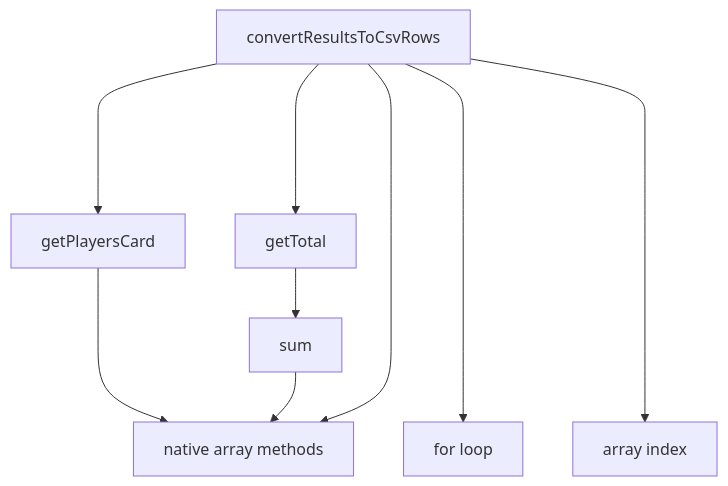
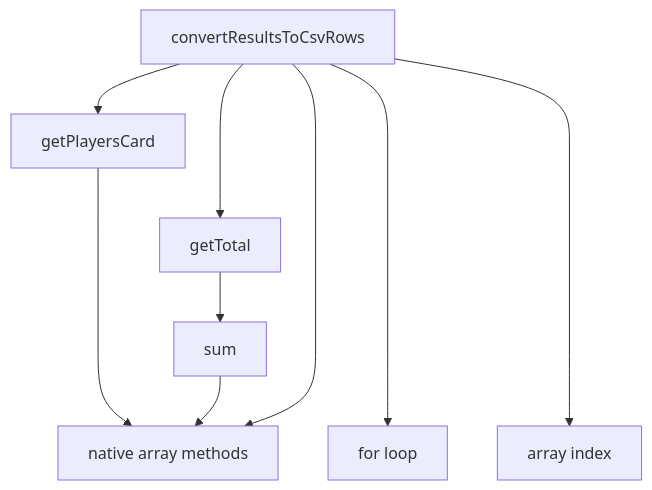
The first of 10 diagrams in slides.md (hrmJ/refactoring-with-stratified-design), drawn with Mermaid before and after one commit. The commit also changed other lines of this file, not shown here.

````diff
--- a/slides.md
+++ b/slides.md
@@ -202,8 +202,8 @@
 ```mermaid
 flowchart TD
-convertResultsToCsvRows --> getPlayersCard ---> nativem
-convertResultsToCsvRows --> getTotal --> sum --> nativem
-convertResultsToCsvRows ------> nativem[native array methods]
-convertResultsToCsvRows ------> forl[for loop]
-convertResultsToCsvRows ------> arrI[array index]
+convertResultsToCsvRows --> getPlayersCard ----> nativem
+convertResultsToCsvRows ---> getTotal --> sum --> nativem
+convertResultsToCsvRows -----> nativem[native array methods]
+convertResultsToCsvRows -----> forl[for loop]
+convertResultsToCsvRows -----> arrI[array index]
 ```
````
